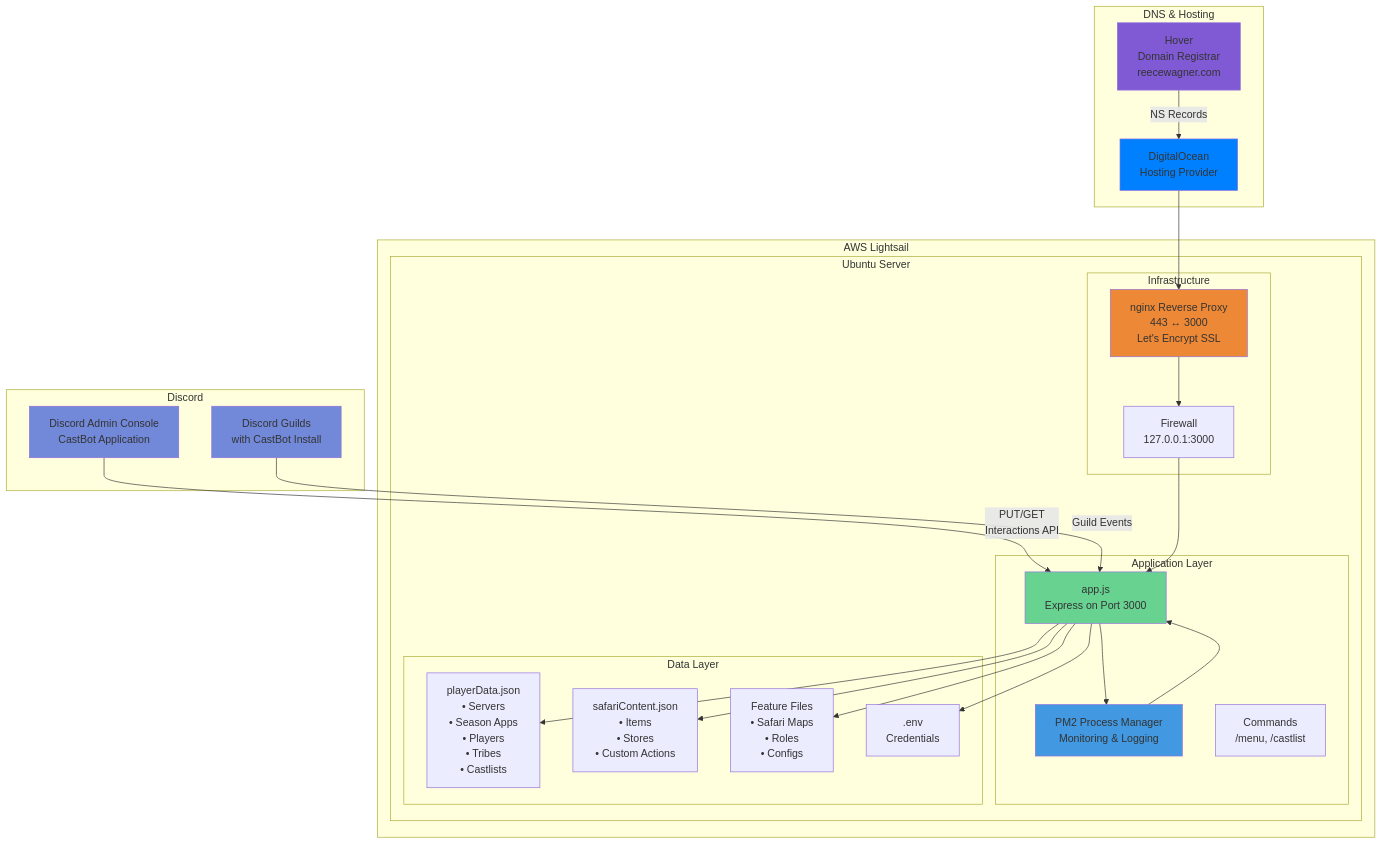
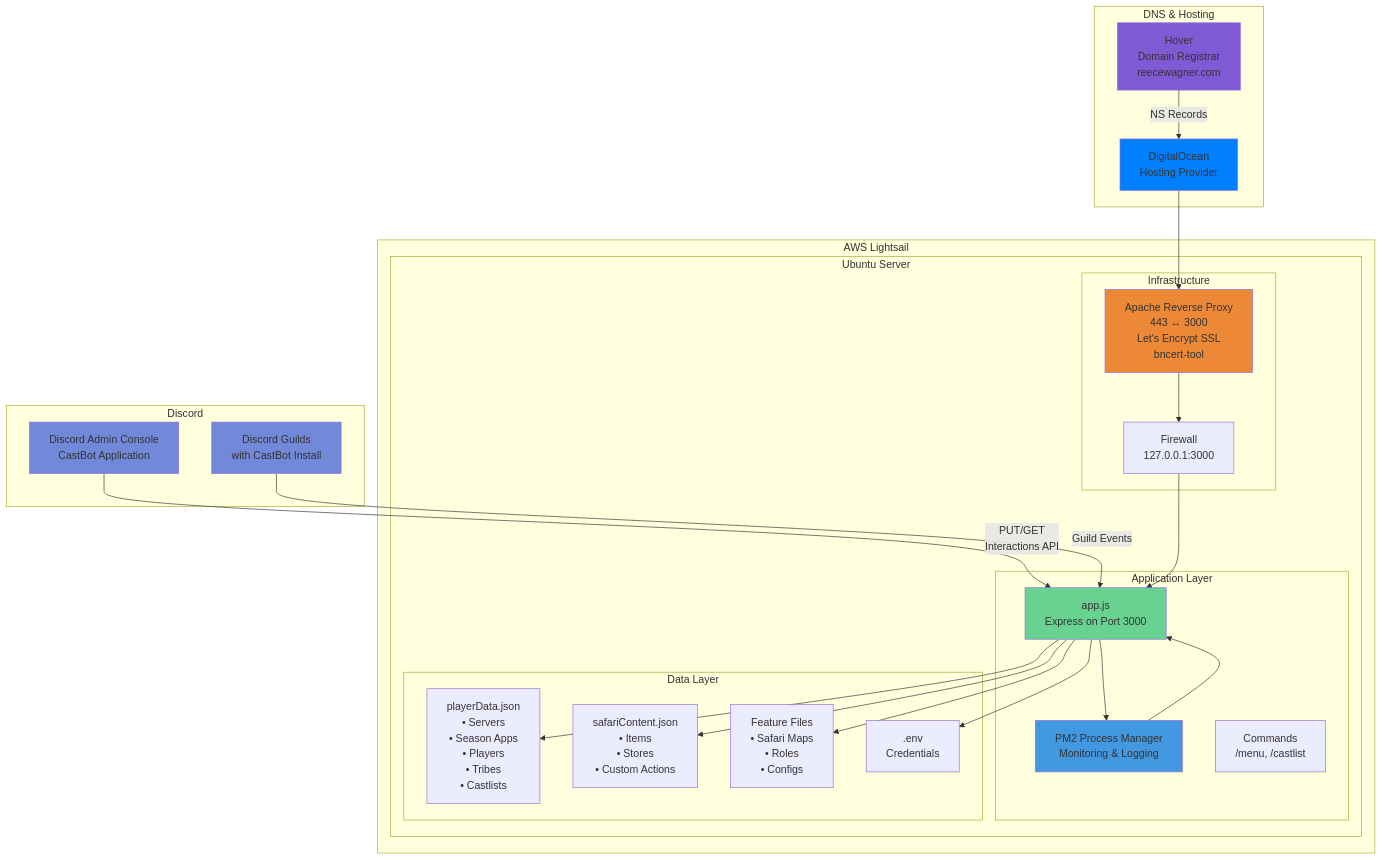
One commit to extremedonkey/castbot changed the first of 2 diagrams in docs/infrastructure/InfrastructureArchitecture.md. Above: the diagram before and after it, drawn with Mermaid. The commit also changed other lines of this file and 1 other file, not shown here.

First line of the commit message:
Document AWS/Apache infrastructure & troubleshooting

````diff
--- a/docs/infrastructure/InfrastructureArchitecture.md
+++ b/docs/infrastructure/InfrastructureArchitecture.md
@@ -19,55 +19,55 @@
 ```mermaid
 graph TB
     subgraph "Discord"
         DC[Discord Admin Console<br/>CastBot Application]
         DG[Discord Guilds<br/>with CastBot Install]
     end
     
     subgraph "AWS Lightsail"
         subgraph "Ubuntu Server"
             subgraph "Application Layer"
                 APP[app.js<br/>Express on Port 3000]
                 PM2[PM2 Process Manager<br/>Monitoring & Logging]
                 CMD[Commands<br/>/menu, /castlist]
             end
             
             subgraph "Data Layer"
                 PD[playerData.json<br/>• Servers<br/>• Season Apps<br/>• Players<br/>• Tribes<br/>• Castlists]
                 SC[safariContent.json<br/>• Items<br/>• Stores<br/>• Custom Actions]
                 FF[Feature Files<br/>• Safari Maps<br/>• Roles<br/>• Configs]
                 ENV[.env<br/>Credentials]
             end
             
             subgraph "Infrastructure"
-                NG[nginx Reverse Proxy<br/>443 ↔ 3000<br/>Let's Encrypt SSL]
+                AP[Apache Reverse Proxy<br/>443 ↔ 3000<br/>Let's Encrypt SSL<br/>bncert-tool]
                 FW[Firewall<br/>127.0.0.1:3000]
             end
         end
     end
     
     subgraph "DNS & Hosting"
         DO[DigitalOcean<br/>Hosting Provider]
         HV[Hover<br/>Domain Registrar<br/>reecewagner.com]
     end
     
     DC -->|PUT/GET<br/>Interactions API| APP
     DG -->|Guild Events| APP
     APP --> PM2
     APP --> PD
     APP --> SC
     APP --> FF
     APP --> ENV
     PM2 --> APP
-    NG --> FW
+    AP --> FW
     FW --> APP
-    DO --> NG
+    DO --> AP
     HV -->|NS Records| DO
-    
+
     style DC fill:#7289da
     style DG fill:#7289da
     style APP fill:#68d391
     style PM2 fill:#4299e1
-    style NG fill:#ed8936
+    style AP fill:#ed8936
     style DO fill:#0080FF
     style HV fill:#805ad5
 ```
````
